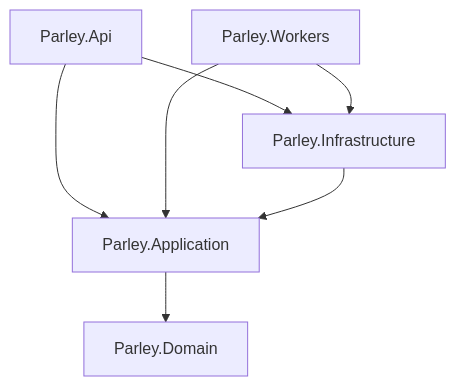
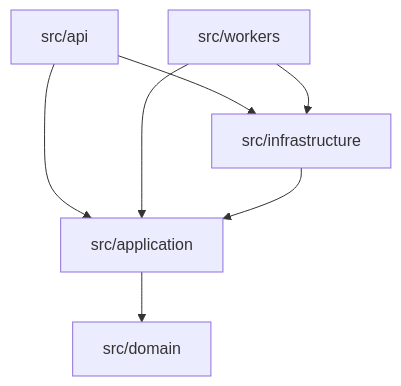
Before and after one commit to shahabwork001/parlay: the second of 6 diagrams in docs/architecture.md, drawn with Mermaid. The commit also changed other lines of this file and 185 other files, not shown here.

````diff
--- a/docs/architecture.md
+++ b/docs/architecture.md
@@ -36,9 +40,9 @@
 ```mermaid
 flowchart TB
-  Api[Parley.Api] --> Application
-  Workers[Parley.Workers] --> Application
+  Api[src/api] --> Application
+  Workers[src/workers] --> Application
   Api --> Infrastructure
   Workers --> Infrastructure
-  Infrastructure[Parley.Infrastructure] --> Application[Parley.Application]
-  Application --> Domain[Parley.Domain]
+  Infrastructure[src/infrastructure] --> Application[src/application]
+  Application --> Domain[src/domain]
 ```
````
